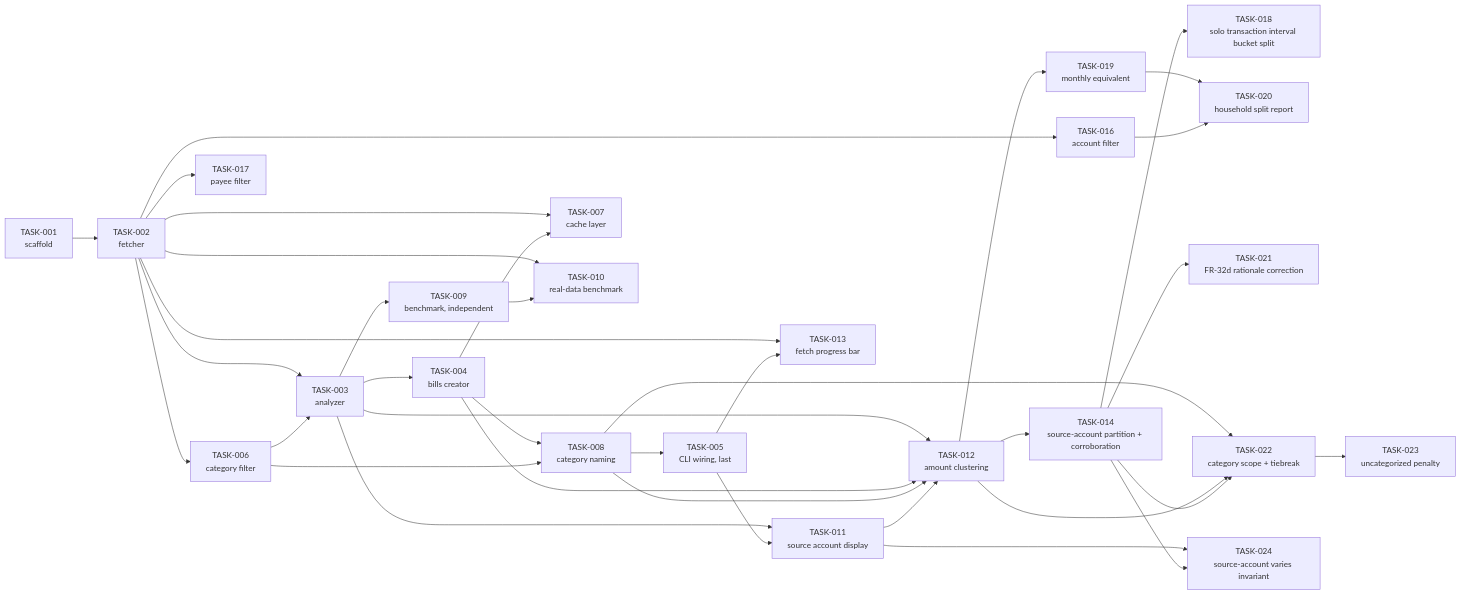
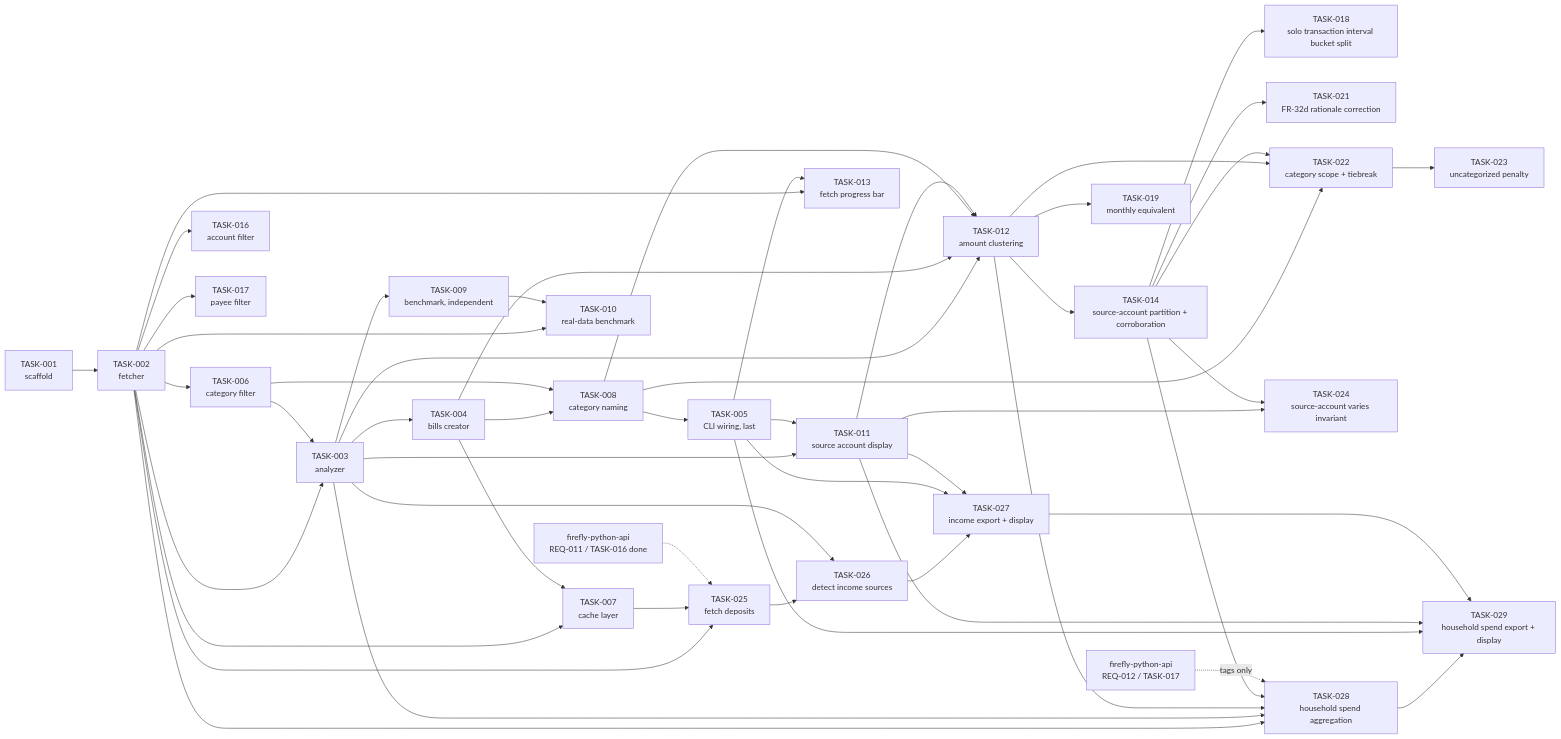
One commit to CmdrPrompt/firefly-bills-analyzer changed the diagram in docs/tasks/README.md. Above: the diagram before and after it, drawn with Mermaid. The commit also changed other lines of this file and 7 other files, not shown here.

First line of the commit message:
feat: Implement household contribution split report closure and add income fetching tasks

````diff
--- a/docs/tasks/README.md
+++ b/docs/tasks/README.md
@@ -38,38 +43,53 @@
 ```mermaid
 graph LR
     T001[TASK-001<br/>scaffold] --> T002[TASK-002<br/>fetcher]
     T002 --> T006[TASK-006<br/>category filter]
     T002 --> T003[TASK-003<br/>analyzer]
     T006 --> T003
     T003 --> T004[TASK-004<br/>bills creator]
     T004 --> T008[TASK-008<br/>category naming]
     T006 --> T008
     T002 --> T007[TASK-007<br/>cache layer]
     T004 --> T007
     T008 --> T005[TASK-005<br/>CLI wiring, last]
     T003 --> T009[TASK-009<br/>benchmark, independent]
     T002 --> T010[TASK-010<br/>real-data benchmark]
     T009 --> T010
     T003 --> T011[TASK-011<br/>source account display]
     T005 --> T011
     T003 --> T012[TASK-012<br/>amount clustering]
     T004 --> T012
     T008 --> T012
     T011 --> T012
     T002 --> T013[TASK-013<br/>fetch progress bar]
     T005 --> T013
     T012 --> T014[TASK-014<br/>source-account partition + corroboration]
     T002 --> T016[TASK-016<br/>account filter]
     T002 --> T017[TASK-017<br/>payee filter]
     T014 --> T018[TASK-018<br/>solo transaction interval bucket split]
     T012 --> T019[TASK-019<br/>monthly equivalent]
-    T019 --> T020[TASK-020<br/>household split report]
-    T016 --> T020
     T014 --> T021[TASK-021<br/>FR-32d rationale correction]
     T008 --> T022[TASK-022<br/>category scope + tiebreak]
     T012 --> T022
     T014 --> T022
     T022 --> T023[TASK-023<br/>uncategorized penalty]
     T011 --> T024[TASK-024<br/>source-account varies invariant]
     T014 --> T024
+    T002 --> T025[TASK-025<br/>fetch deposits]
+    T007 --> T025
+    API011[firefly-python-api<br/>REQ-011 / TASK-016 done] -.-> T025
+    T025 --> T026[TASK-026<br/>detect income sources]
+    T003 --> T026
+    T026 --> T027[TASK-027<br/>income export + display]
+    T005 --> T027
+    T011 --> T027
+    T002 --> T028[TASK-028<br/>household spend aggregation]
+    T003 --> T028
+    T012 --> T028
+    T014 --> T028
+    API012[firefly-python-api<br/>REQ-012 / TASK-017] -.tags only.-> T028
+    T028 --> T029[TASK-029<br/>household spend export + display]
+    T005 --> T029
+    T011 --> T029
+    T027 --> T029
 ```
````
